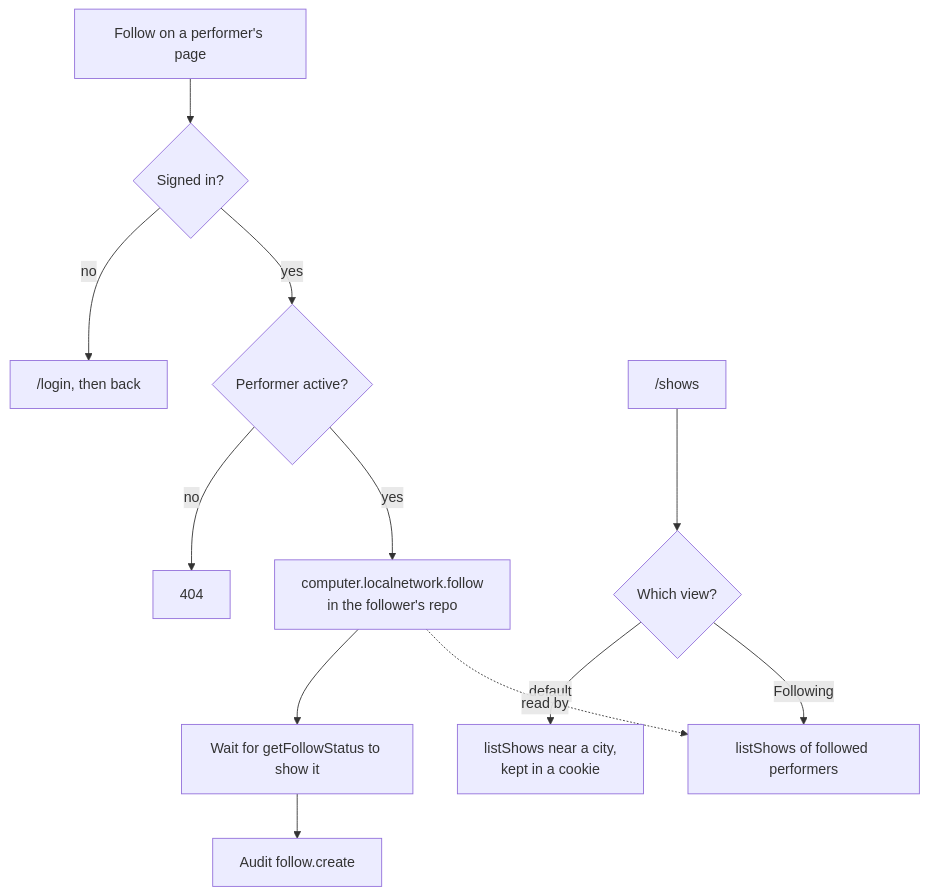
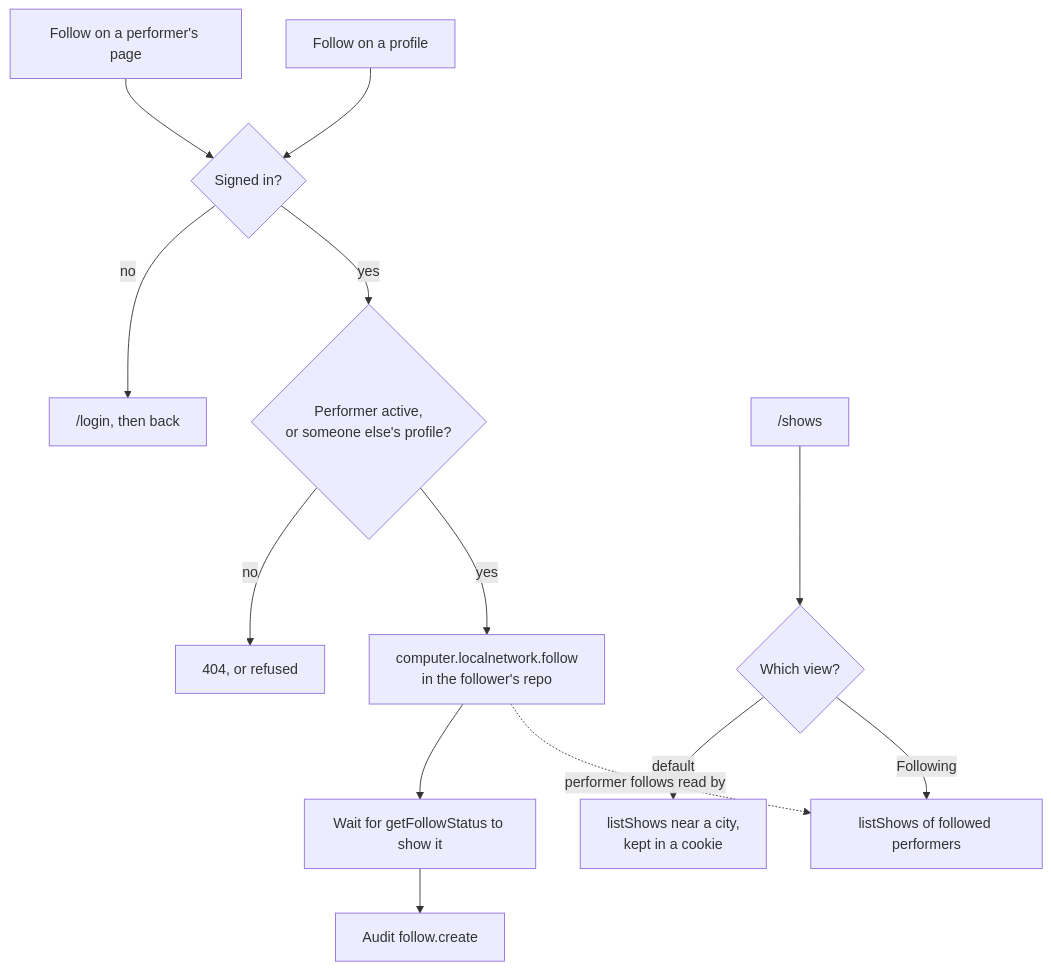
One commit to cutenode/localnetwork changed the second of 6 diagrams in apps/web/docs/diagrams/shows-and-inbox.md. Above: the diagram before and after it, drawn with Mermaid. The commit also changed other lines of this file and 21 other files, not shown here.

````diff
--- a/apps/web/docs/diagrams/shows-and-inbox.md
+++ b/apps/web/docs/diagrams/shows-and-inbox.md
@@ -43,14 +43,15 @@
 ```mermaid
 flowchart TD
   Button["Follow on a performer's page"] --> Signed{"Signed in?"}
+  Person["Follow on a profile"] --> Signed
   Signed -- "no" --> Login["/login, then back"]
-  Signed -- "yes" --> Active{"Performer active?"}
-  Active -- "no" --> Gone["404"]
+  Signed -- "yes" --> Active{"Performer active,<br/>or someone else's profile?"}
+  Active -- "no" --> Gone["404, or refused"]
   Active -- "yes" --> Write["computer.localnetwork.follow<br/>in the follower's repo"]
   Write --> Wait["Wait for getFollowStatus to show it"]
   Wait --> Audit["Audit follow.create"]
   Shows["/shows"] --> View{"Which view?"}
   View -- "default" --> Near["listShows near a city,<br/>kept in a cookie"]
   View -- "Following" --> Followed["listShows of followed performers"]
-  Write -. "read by" .-> Followed
+  Write -. "performer follows read by" .-> Followed
 ```
````
